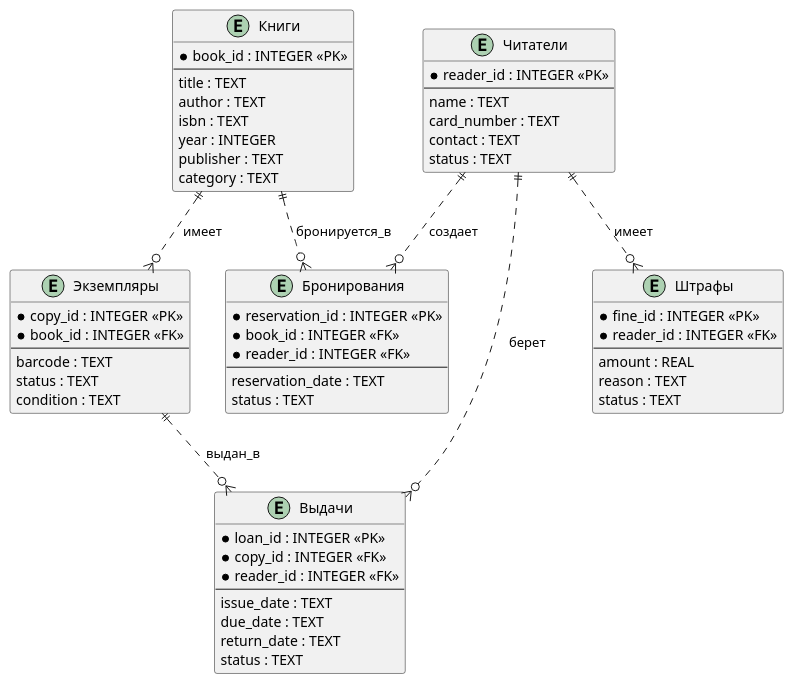
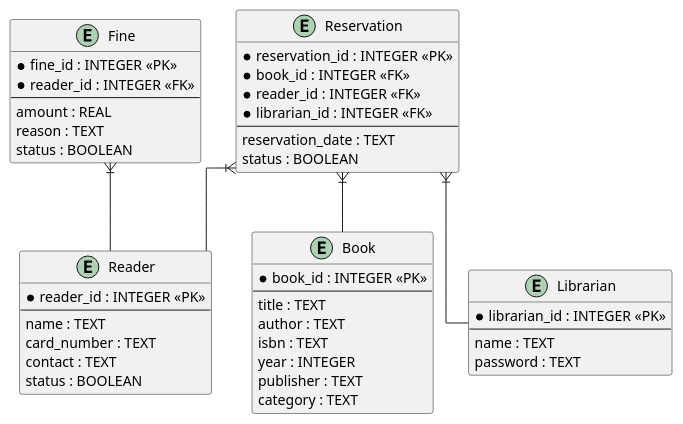
The diagram in docs/diagrams/er_diagram.puml (EmAnto0/InfProject), drawn with PlantUML before and after one commit.

Commit message:
Правки

```diff
--- a/docs/diagrams/er_diagram.puml
+++ b/docs/diagrams/er_diagram.puml
@@ -1,69 +1,57 @@
 @startuml er_diagram
 
-entity "Книги" as Book {
+skinparam linetype ortho
+
+entity "Book" as Book {
   * book_id : INTEGER <<PK>>
   --
   title : TEXT
   author : TEXT
   isbn : TEXT
   year : INTEGER
   publisher : TEXT
   category : TEXT
 }
 
-entity "Экземпляры" as Copy {
-  * copy_id : INTEGER <<PK>>
-  * book_id : INTEGER <<FK>>
-  --
-  barcode : TEXT
-  status : TEXT
-  condition : TEXT
-}
-
-entity "Читатели" as Reader {
+entity "Reader" as Reader {
   * reader_id : INTEGER <<PK>>
   --
   name : TEXT
   card_number : TEXT
   contact : TEXT
-  status : TEXT
+  status : BOOLEAN
 }
 
-entity "Выдачи" as Loan {
-  * loan_id : INTEGER <<PK>>
-  * copy_id : INTEGER <<FK>>
-  * reader_id : INTEGER <<FK>>
+entity "Librarian" as Librarian {
+  * librarian_id : INTEGER <<PK>>
   --
-  issue_date : TEXT
-  due_date : TEXT
-  return_date : TEXT
-  status : TEXT
+  name : TEXT
+  password : TEXT
 }
 
-entity "Бронирования" as Reservation {
+entity "Reservation" as Reservation {
   * reservation_id : INTEGER <<PK>>
   * book_id : INTEGER <<FK>>
   * reader_id : INTEGER <<FK>>
+  * librarian_id : INTEGER <<FK>>
   --
   reservation_date : TEXT
-  status : TEXT
+  status : BOOLEAN
 }
 
-entity "Штрафы" as Fine {
+entity "Fine" as Fine {
   * fine_id : INTEGER <<PK>>
   * reader_id : INTEGER <<FK>>
   --
   amount : REAL
   reason : TEXT
-  status : TEXT
+  status : BOOLEAN
 }
 
 ' Связи между сущностями
-Book ||..o{ Copy : "имеет"
-Copy ||..o{ Loan : "выдан_в"
-Reader ||..o{ Loan : "берет"
-Reader ||..o{ Reservation : "создает"
-Book ||..o{ Reservation : "бронируется_в"
-Reader ||..o{ Fine : "имеет"
+Reader -u-|{ Reservation
+Book -u-|{ Reservation
+Librarian -u-|{ Reservation
+Reader -u-|{ Fine
 
 @enduml
```
